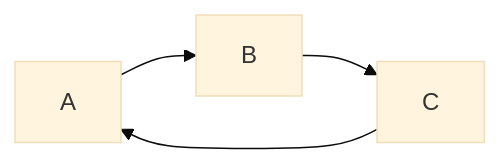
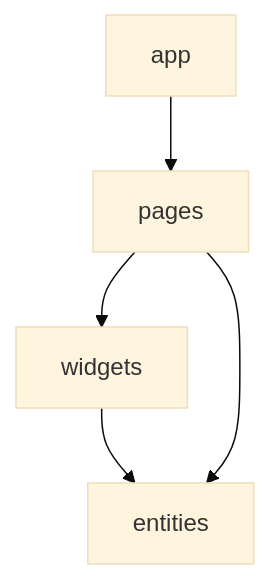
Before and after one commit to jt4d-lab/weld: the second of 5 diagrams in docs/core-concepts/direction.md, drawn with Mermaid (base theme). The commit also changed other lines of this file and 1 other file, not shown here.

````diff
--- a/docs/core-concepts/direction.md
+++ b/docs/core-concepts/direction.md
@@ -21,4 +43,5 @@
 ```mermaid
-flowchart LR
-    A --> B --> C --> A
+flowchart TD
+    app --> pages --> widgets --> entities
+    pages --> entities
 ```
````
